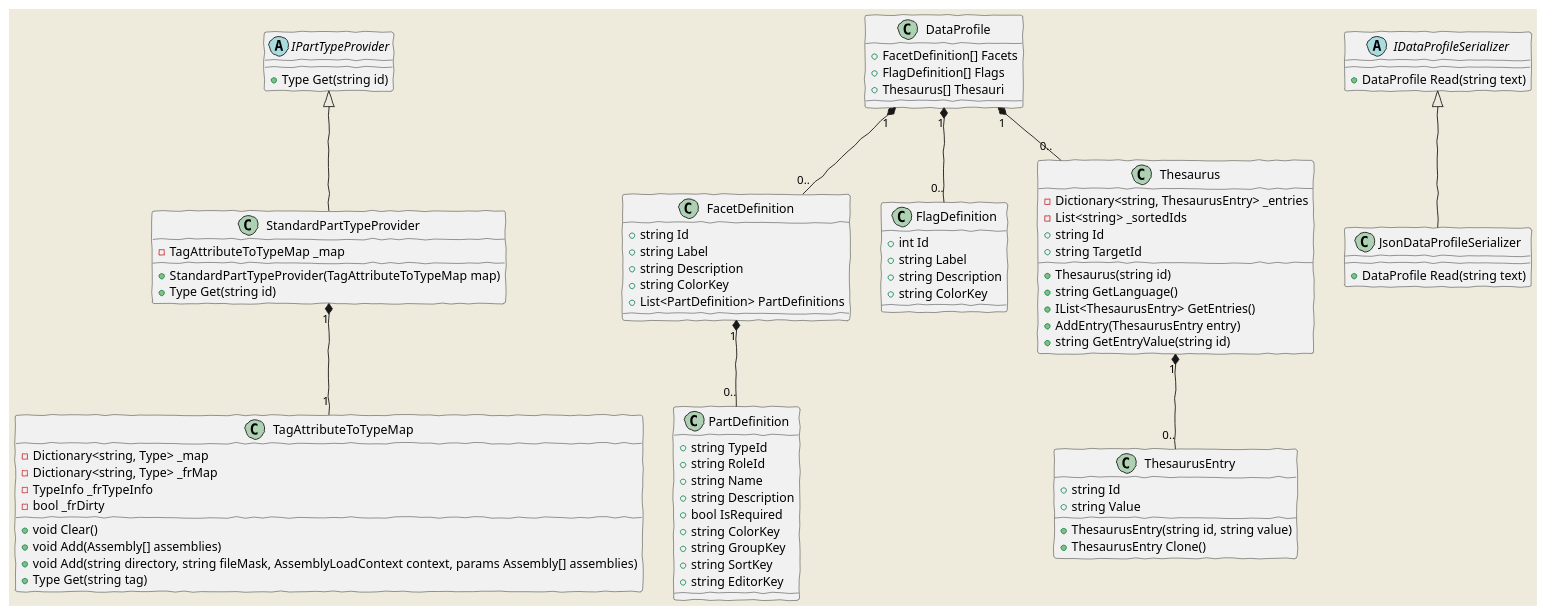
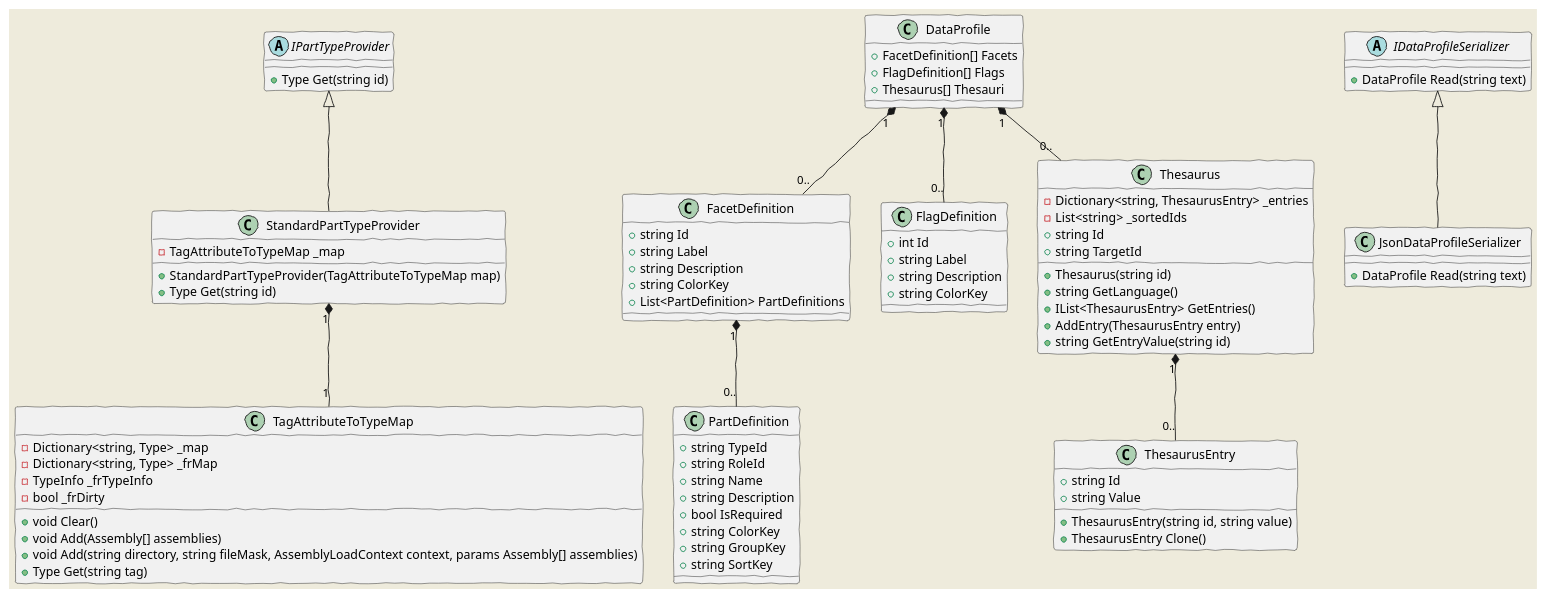
Before and after one commit to vedph/cadmus_core: the third of 4 diagrams in Doc/core.md, drawn with PlantUML. The commit also changed 21 other files, not shown here.

Commit message:
Removed EditorKey

````diff
--- a/Doc/core.md
+++ b/Doc/core.md
@@ -371,75 +371,74 @@
 ```plantuml
 @startuml
     skinparam backgroundColor #EEEBDC
     skinparam handwritten true
 
     abstract class IPartTypeProvider
     IPartTypeProvider : +Type Get(string id)
 
     TagAttributeToTypeMap : -Dictionary<string, Type> _map
     TagAttributeToTypeMap : -Dictionary<string, Type> _frMap
     TagAttributeToTypeMap : -TypeInfo _frTypeInfo
     TagAttributeToTypeMap : -bool _frDirty
     TagAttributeToTypeMap : +void Clear()
     TagAttributeToTypeMap : +void Add(Assembly[] assemblies)
     TagAttributeToTypeMap : +void Add(string directory, string fileMask, AssemblyLoadContext context, params Assembly[] assemblies)
     TagAttributeToTypeMap : +Type Get(string tag)
 
     IPartTypeProvider <|-- StandardPartTypeProvider
     StandardPartTypeProvider "1"*--"1" TagAttributeToTypeMap
     StandardPartTypeProvider : -TagAttributeToTypeMap _map
     StandardPartTypeProvider : +StandardPartTypeProvider(TagAttributeToTypeMap map)
     StandardPartTypeProvider : +Type Get(string id)
 
     PartDefinition : +string TypeId
     PartDefinition : +string RoleId
     PartDefinition : +string Name
     PartDefinition : +string Description
     PartDefinition : +bool IsRequired
     PartDefinition : +string ColorKey
     PartDefinition : +string GroupKey
     PartDefinition : +string SortKey
-    PartDefinition : +string EditorKey
 
     FacetDefinition : +string Id
     FacetDefinition : +string Label
     FacetDefinition : +string Description
     FacetDefinition : +string ColorKey
     FacetDefinition : +List<PartDefinition> PartDefinitions
     FacetDefinition "1"*--"0.." PartDefinition
 
     FlagDefinition : +int Id
     FlagDefinition : +string Label
     FlagDefinition : +string Description
     FlagDefinition : +string ColorKey
 
     ThesaurusEntry : +string Id
     ThesaurusEntry : +string Value
     ThesaurusEntry : +ThesaurusEntry(string id, string value)
     ThesaurusEntry : +ThesaurusEntry Clone()
 
     Thesaurus : -Dictionary<string, ThesaurusEntry> _entries
     Thesaurus : -List<string> _sortedIds
     Thesaurus : +string Id
     Thesaurus : +string TargetId
     Thesaurus : +Thesaurus(string id)
     Thesaurus : +string GetLanguage()
     Thesaurus : +IList<ThesaurusEntry> GetEntries()
     Thesaurus : +AddEntry(ThesaurusEntry entry)
     Thesaurus : +string GetEntryValue(string id)
     Thesaurus "1"*--"0.." ThesaurusEntry
 
     DataProfile : +FacetDefinition[] Facets
     DataProfile : +FlagDefinition[] Flags
     DataProfile : +Thesaurus[] Thesauri
     DataProfile "1"*--"0.." FacetDefinition
     DataProfile "1"*--"0.." FlagDefinition
     DataProfile "1"*--"0.." Thesaurus
 
     abstract class IDataProfileSerializer
     IDataProfileSerializer : +DataProfile Read(string text)
 
     IDataProfileSerializer <|-- JsonDataProfileSerializer
     JsonDataProfileSerializer : +DataProfile Read(string text)
 @enduml
 ```
````
